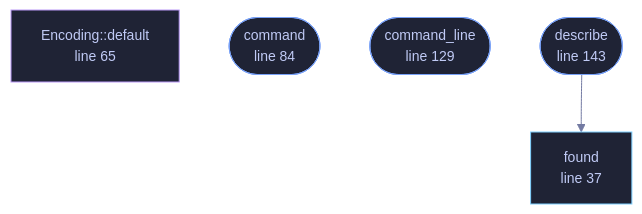
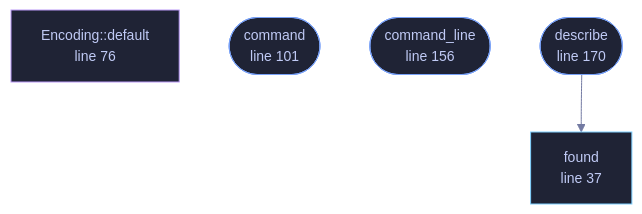
Before and after one commit to tilas01/veilvoice: the diagram in docs/files/veilvoice-video/ffmpeg.md, drawn with Mermaid. The commit also changed other lines of this file and 50 other files, not shown here.

````diff
--- a/docs/files/veilvoice-video/ffmpeg.md
+++ b/docs/files/veilvoice-video/ffmpeg.md
@@ -85,21 +85,21 @@
 ```mermaid
 %%{init: {"theme":"base","themeVariables":{"background":"#1a1b26","primaryColor":"#1f2335","primaryTextColor":"#c0caf5","primaryBorderColor":"#7aa2f7","secondaryColor":"#16161e","tertiaryColor":"#16161e","lineColor":"#737aa2","textColor":"#c0caf5","mainBkg":"#1f2335","nodeBorder":"#7aa2f7","clusterBkg":"#16161e","clusterBorder":"#2f3549","fontFamily":"ui-monospace, SFMono-Regular, Consolas, monospace","fontSize":"14px"}}}%%
 flowchart TD
     n_found["found<br/>line 37"]
-    n_default["Encoding::default<br/>line 65"]
-    n_command(["command<br/>line 84"])
-    n_command_line(["command_line<br/>line 129"])
-    n_describe(["describe<br/>line 143"])
+    n_default["Encoding::default<br/>line 76"]
+    n_command(["command<br/>line 101"])
+    n_command_line(["command_line<br/>line 156"])
+    n_describe(["describe<br/>line 170"])
     n_describe --> n_found
     click n_found href "https://github.com/tilas01/veilvoice/blob/main/crates/veilvoice-video/src/ffmpeg.rs#L37" "open the source"
-    click n_default href "https://github.com/tilas01/veilvoice/blob/main/crates/veilvoice-video/src/ffmpeg.rs#L65" "open the source"
-    click n_command href "https://github.com/tilas01/veilvoice/blob/main/crates/veilvoice-video/src/ffmpeg.rs#L84" "open the source"
-    click n_command_line href "https://github.com/tilas01/veilvoice/blob/main/crates/veilvoice-video/src/ffmpeg.rs#L129" "open the source"
-    click n_describe href "https://github.com/tilas01/veilvoice/blob/main/crates/veilvoice-video/src/ffmpeg.rs#L143" "open the source"
+    click n_default href "https://github.com/tilas01/veilvoice/blob/main/crates/veilvoice-video/src/ffmpeg.rs#L76" "open the source"
+    click n_command href "https://github.com/tilas01/veilvoice/blob/main/crates/veilvoice-video/src/ffmpeg.rs#L101" "open the source"
+    click n_command_line href "https://github.com/tilas01/veilvoice/blob/main/crates/veilvoice-video/src/ffmpeg.rs#L156" "open the source"
+    click n_describe href "https://github.com/tilas01/veilvoice/blob/main/crates/veilvoice-video/src/ffmpeg.rs#L170" "open the source"
     classDef entry fill:#1f2335,stroke:#7aa2f7,color:#c0caf5
     class n_command,n_command_line,n_describe entry
     classDef api fill:#1f2335,stroke:#7dcfff,color:#c0caf5
     class n_found api
     classDef helper fill:#1f2335,stroke:#bb9af7,color:#c0caf5
     class n_default helper
 ```
````
